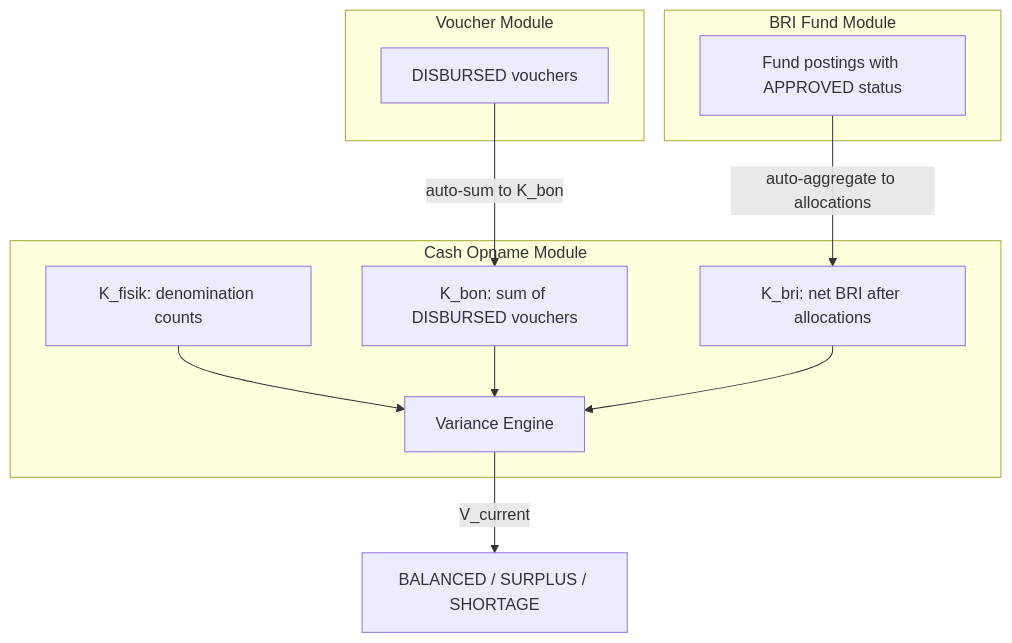
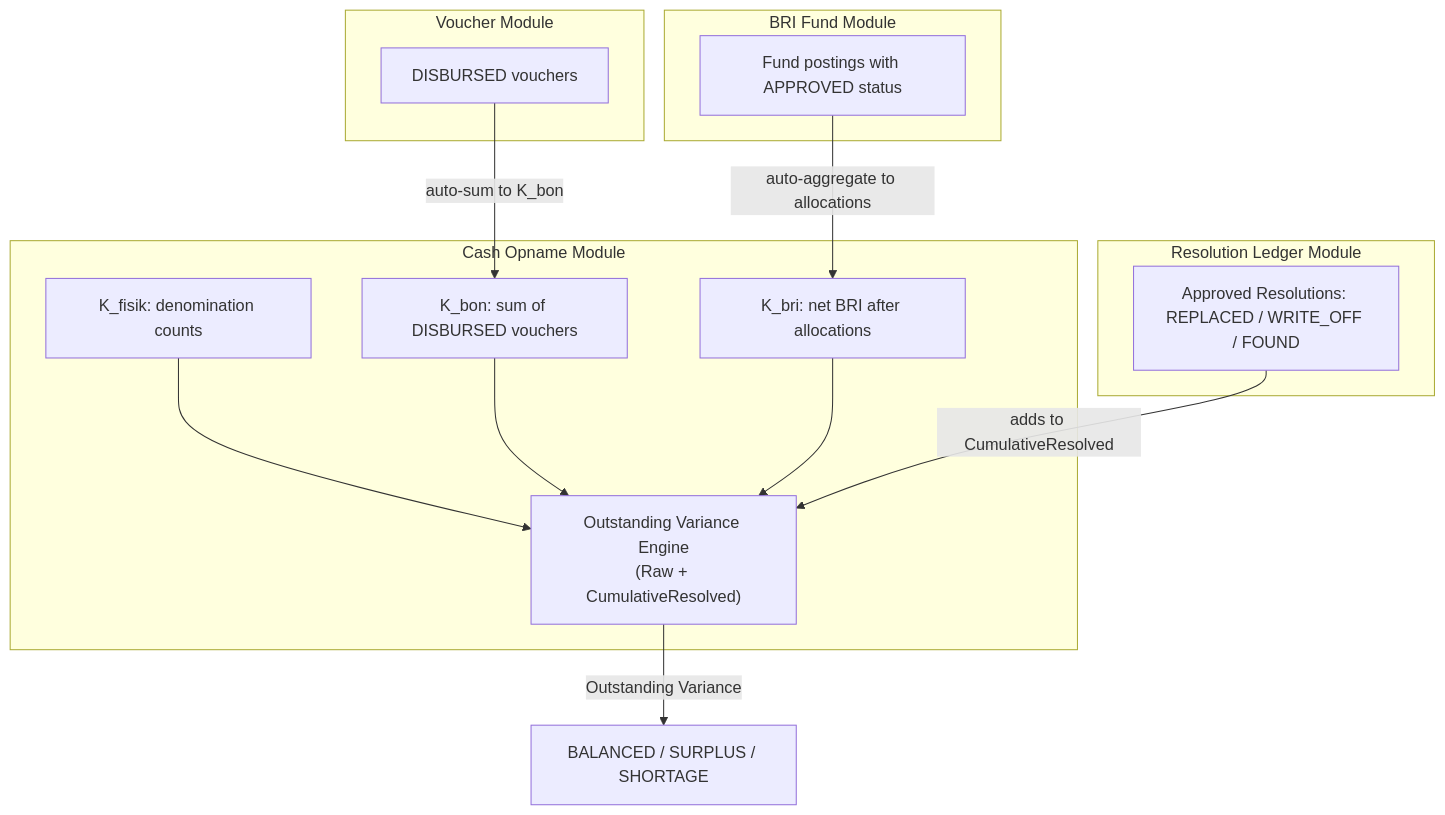
Before and after one commit to bintangarama/GCOINS: the fifth of 5 diagrams in docs/06-workflow-state-machine.md, drawn with Mermaid. The commit also changed other lines of this file and 199 other files, not shown here.

Commit message:
feat: implement phase 7 full 5-item engine, precision ledger & modular ux

````diff
--- a/docs/06-workflow-state-machine.md
+++ b/docs/06-workflow-state-machine.md
@@ -112,24 +136,29 @@
 ```mermaid
 flowchart TD
     subgraph VoucherModule["Voucher Module"]
         V1[DISBURSED vouchers]
     end
 
     subgraph BRIModule["BRI Fund Module"]
         B1[Fund postings with APPROVED status]
     end
 
     subgraph OpnameModule["Cash Opname Module"]
         O1[K_fisik: denomination counts]
         O2[K_bon: sum of DISBURSED vouchers]
         O3[K_bri: net BRI after allocations]
-        O4[Variance Engine]
+        O4["Outstanding Variance Engine\n(Raw + CumulativeResolved)"]
+    end
+
+    subgraph LedgerModule["Resolution Ledger Module"]
+        L1[Approved Resolutions: REPLACED / WRITE_OFF / FOUND]
     end
 
     V1 -->|"auto-sum to K_bon"| O2
     B1 -->|"auto-aggregate to allocations"| O3
     O1 --> O4
     O2 --> O4
     O3 --> O4
-    O4 -->|"V_current"| RESULT["BALANCED / SURPLUS / SHORTAGE"]
+    L1 -->|"adds to CumulativeResolved"| O4
+    O4 -->|"Outstanding Variance"| RESULT["BALANCED / SURPLUS / SHORTAGE"]
 ```
````
